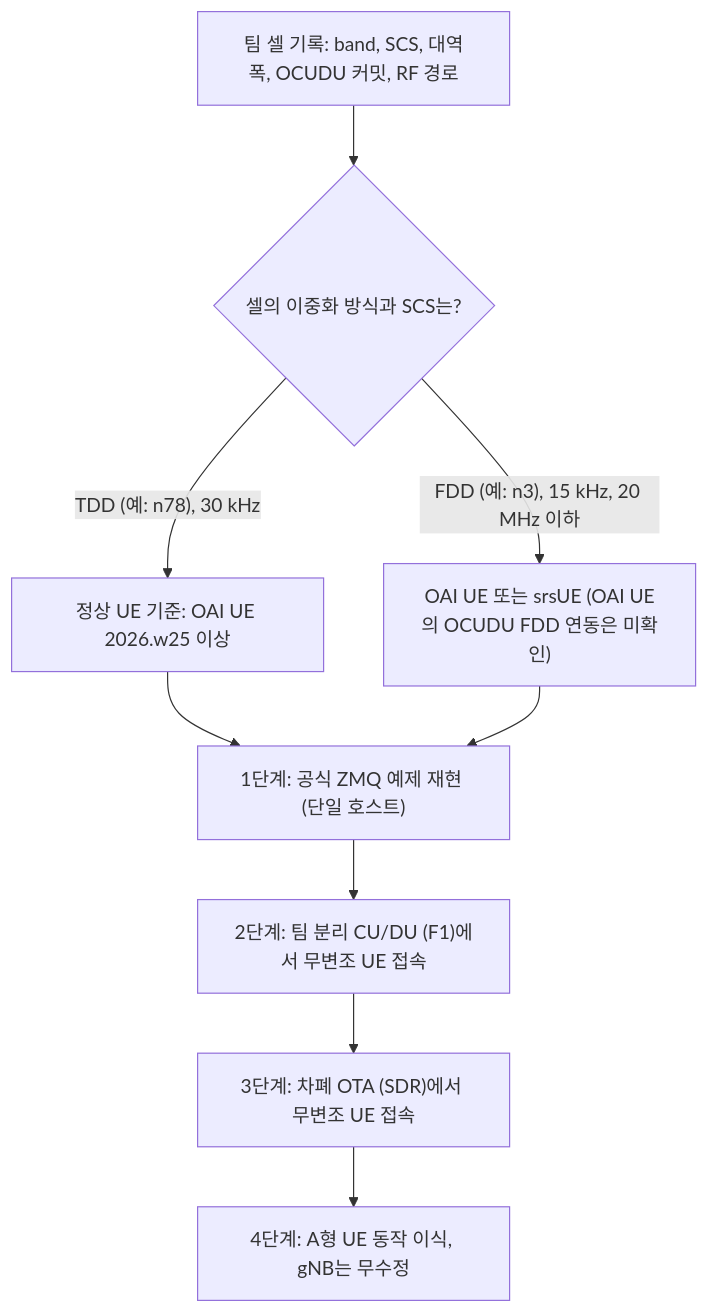
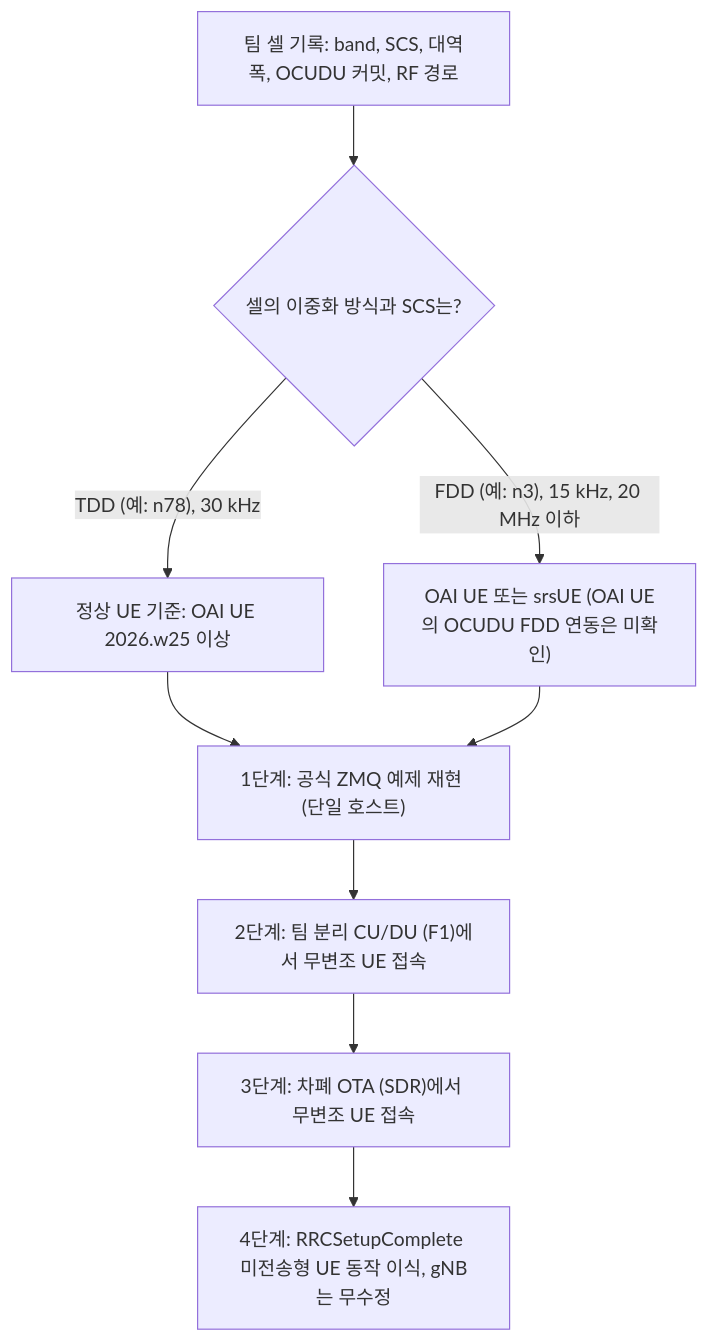
The second of 2 diagrams in tool-survey.md (portranproject/ran-attack-reproducers), drawn with Mermaid before and after one commit. The commit also changed other lines of this file and 115 other files, not shown here.

````diff
--- a/tool-survey.md
+++ b/tool-survey.md
@@ -111,11 +111,11 @@
 ```mermaid
 flowchart TD
   S["팀 셀 기록: band, SCS, 대역폭, OCUDU 커밋, RF 경로"] --> Q{"셀의 이중화 방식과 SCS는?"}
   Q -->|"TDD (예: n78), 30 kHz"| O["정상 UE 기준: OAI UE 2026.w25 이상"]
   Q -->|"FDD (예: n3), 15 kHz, 20 MHz 이하"| F["OAI UE 또는 srsUE (OAI UE의 OCUDU FDD 연동은 미확인)"]
   O --> Z["1단계: 공식 ZMQ 예제 재현 (단일 호스트)"]
   F --> Z
   Z --> D["2단계: 팀 분리 CU/DU (F1)에서 무변조 UE 접속"]
   D --> T["3단계: 차폐 OTA (SDR)에서 무변조 UE 접속"]
-  T --> A["4단계: A형 UE 동작 이식, gNB는 무수정"]
+  T --> A["4단계: RRCSetupComplete 미전송형 UE 동작 이식, gNB는 무수정"]
 ```
````
